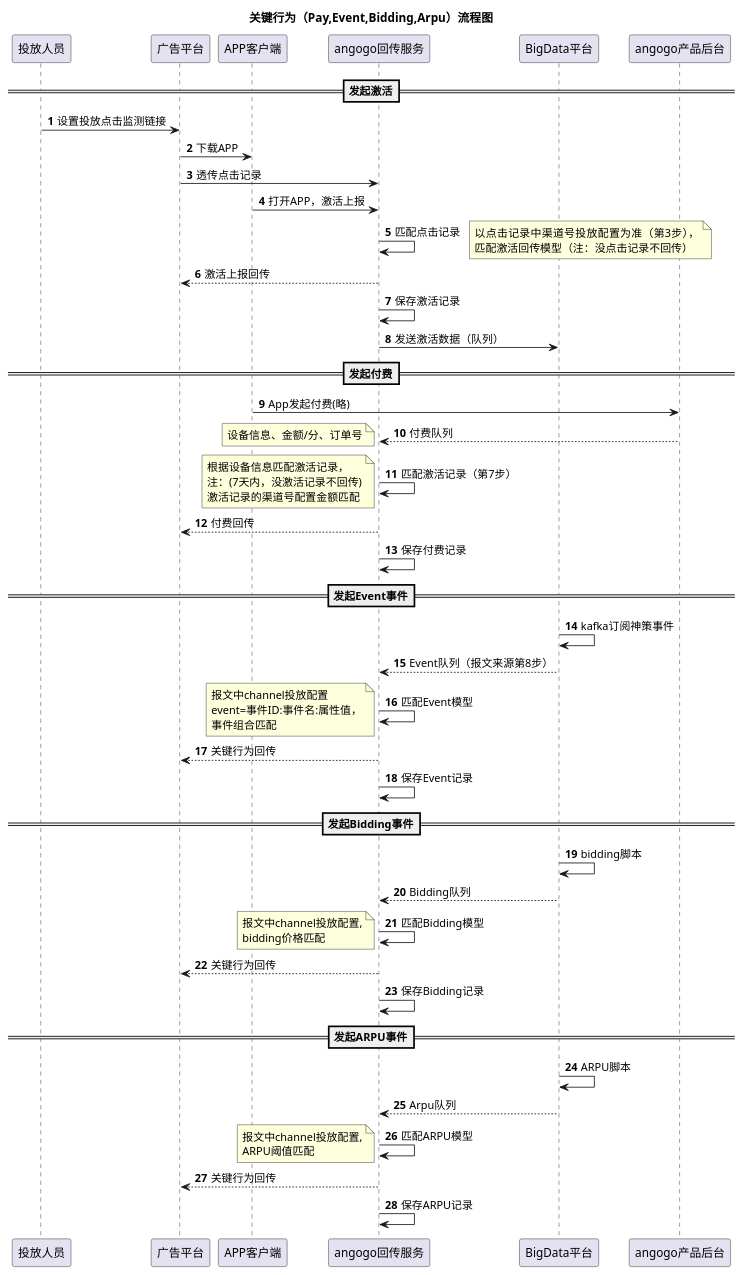
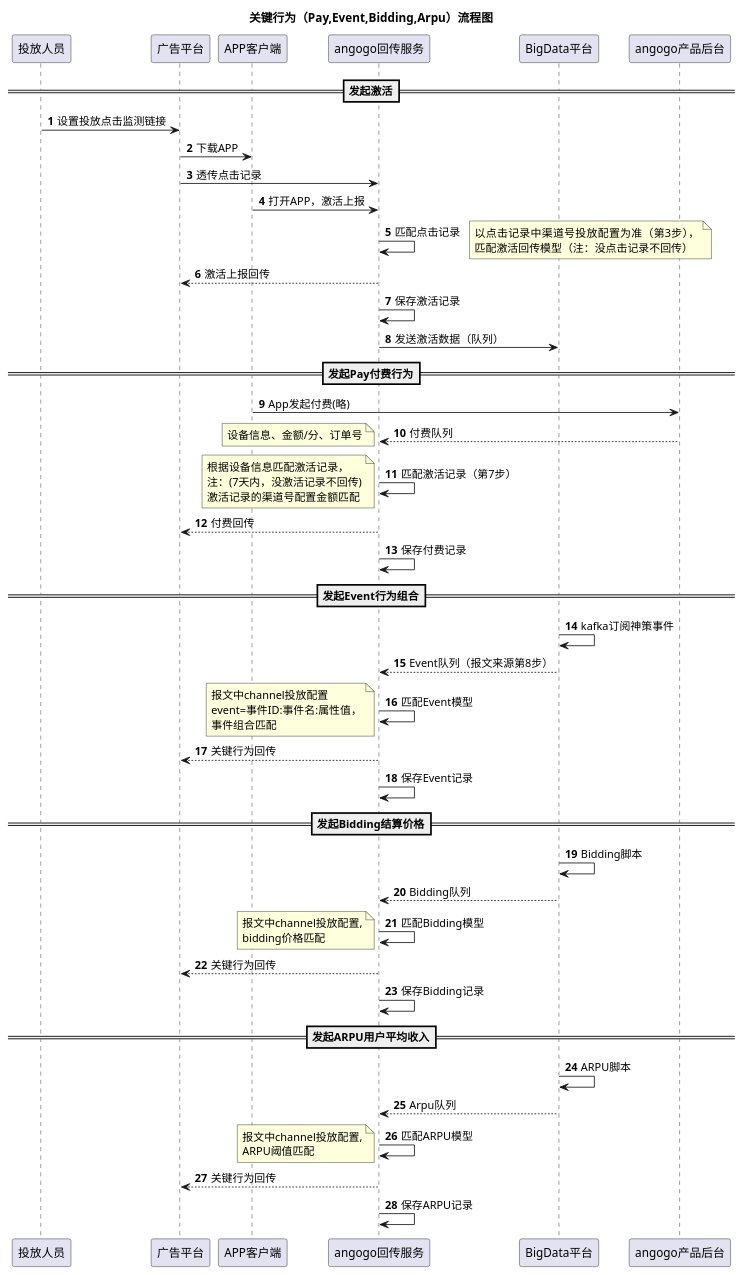
Before and after one commit to aoheng/PlantUML: the diagram in angogo/feedback/behavior.puml, drawn with PlantUML.

Commit message:
feat: 关键行为（Pay,Event,Bidding,Arpu）流程图

```diff
--- a/angogo/feedback/behavior.puml
+++ b/angogo/feedback/behavior.puml
@@ -1,72 +1,72 @@
 @startuml
 'https://plantuml.com/sequence-diagram
 
 title 关键行为（Pay,Event,Bidding,Arpu）流程图
 autonumber
 
 ==发起激活==
 投放人员 -> 广告平台 : 设置投放点击监测链接
 广告平台 -> APP客户端: 下载APP
 广告平台 -> angogo回传服务: 透传点击记录
 APP客户端 -> angogo回传服务: 打开APP，激活上报
 angogo回传服务 ->angogo回传服务: 匹配点击记录
 note right
 以点击记录中渠道号投放配置为准（第3步），
 匹配激活回传模型（注：没点击记录不回传）
 end note
 angogo回传服务 --> 广告平台: 激活上报回传
 angogo回传服务 ->angogo回传服务: 保存激活记录
 angogo回传服务 ->BigData平台: 发送激活数据（队列）
 
 /'newpage'/
-==发起付费==
+==发起Pay付费行为==
 
 APP客户端 -> angogo产品后台: App发起付费(略)
 angogo产品后台 --> angogo回传服务: 付费队列
 note left
 设备信息、金额/分、订单号
 end note
 angogo回传服务 ->angogo回传服务: 匹配激活记录（第7步）
 note left
 根据设备信息匹配激活记录，
 注：(7天内，没激活记录不回传)
 激活记录的渠道号配置金额匹配
 end note
 angogo回传服务-->广告平台: 付费回传
 angogo回传服务->angogo回传服务:保存付费记录
 
-==发起Event事件==
+==发起Event行为组合==
 BigData平台->BigData平台:kafka订阅神策事件
 BigData平台-->angogo回传服务:Event队列（报文来源第8步）
 angogo回传服务->angogo回传服务:匹配Event模型
 note left
 报文中channel投放配置
 event=事件ID:事件名:属性值，
 事件组合匹配
 end note
 angogo回传服务-->广告平台: 关键行为回传
 angogo回传服务->angogo回传服务:保存Event记录
 
-==发起Bidding事件==
-BigData平台->BigData平台:bidding脚本
+==发起Bidding结算价格==
+BigData平台->BigData平台:Bidding脚本
 BigData平台-->angogo回传服务:Bidding队列
 angogo回传服务->angogo回传服务:匹配Bidding模型
 note left
 报文中channel投放配置,
 bidding价格匹配
 end note
 angogo回传服务-->广告平台: 关键行为回传
 angogo回传服务->angogo回传服务:保存Bidding记录
 
-==发起ARPU事件==
+==发起ARPU用户平均收入==
 BigData平台->BigData平台:ARPU脚本
 BigData平台-->angogo回传服务:Arpu队列
 angogo回传服务->angogo回传服务:匹配ARPU模型
 note left
 报文中channel投放配置,
 ARPU阈值匹配
 end note
 angogo回传服务-->广告平台: 关键行为回传
 angogo回传服务->angogo回传服务:保存ARPU记录
 
 @enduml
```
